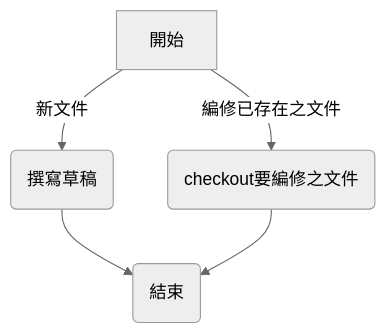
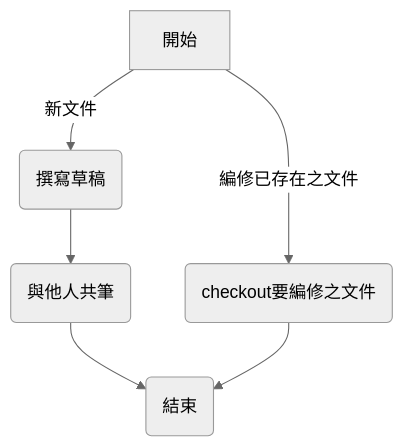
The second of 2 diagrams in uu.md (netlol/test22), drawn with Mermaid (neutral theme) before and after one commit.

````diff
--- a/uu.md
+++ b/uu.md
@@ -8,8 +8,9 @@
 ```mermaid
 graph TD;
   A[開始] -->|新文件| B(撰寫草稿);
   A -->|編修已存在之文件| C(checkout要編修之文件);
-  B --> D(結束);
-  C --> D;
+  B --> D(與他人共筆)
+  D --> E(結束);
+  C --> E;
 
 ```
````
